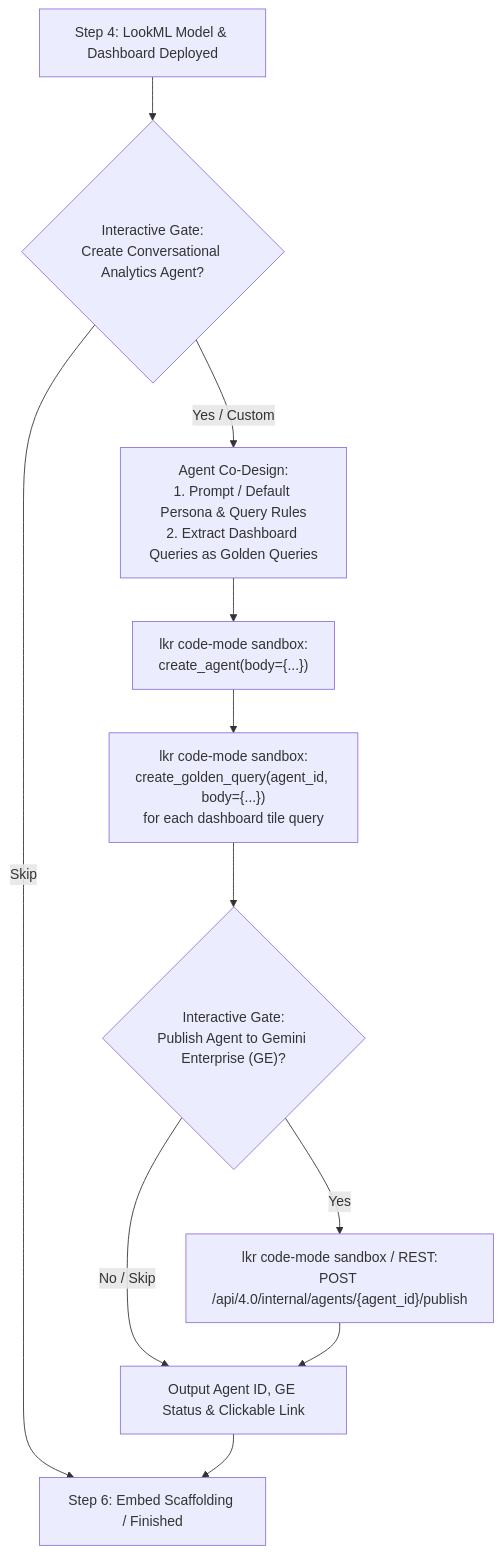
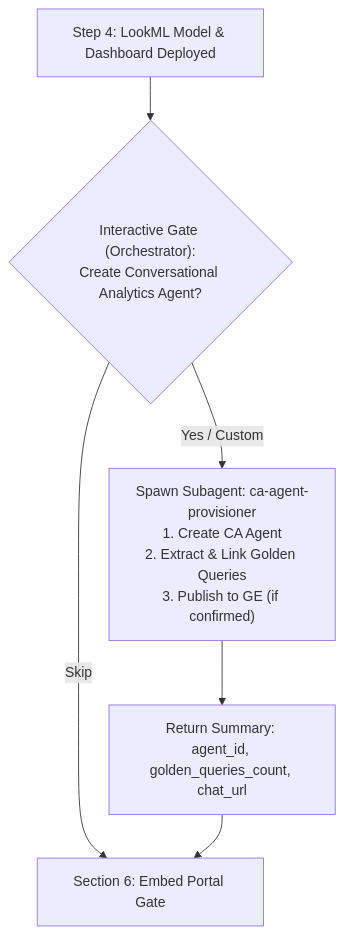
The fourth of 5 diagrams in skills/looker-demo-orchestrator/SKILL.md (lkrdev/looker-demo-cli), drawn with Mermaid before and after one commit. The commit also changed other lines of this file and 6 other files, not shown here.

Commit message:
feat: subagent flow

````diff
--- a/skills/looker-demo-orchestrator/SKILL.md
+++ b/skills/looker-demo-orchestrator/SKILL.md
@@ -176,16 +238,10 @@
 ```mermaid
 graph TD
-    Deploy["Step 4: LookML Model & Dashboard Deployed"] --> PromptCA{"Interactive Gate:<br/>Create Conversational Analytics Agent?"}
+    Deploy["Step 4: LookML Model & Dashboard Deployed"] --> PromptCA{"Interactive Gate (Orchestrator):<br/>Create Conversational Analytics Agent?"}
     
-    PromptCA -->|Skip| Scaffolding["Step 6: Embed Scaffolding / Finished"]
-    PromptCA -->|Yes / Custom| CoDesign["Agent Co-Design:<br/>1. Prompt / Default Persona & Query Rules<br/>2. Extract Dashboard Queries as Golden Queries"]
+    PromptCA -->|Skip| Scaffolding["Section 6: Embed Portal Gate"]
+    PromptCA -->|Yes / Custom| SpawnCA["Spawn Subagent: ca-agent-provisioner<br/>1. Create CA Agent<br/>2. Extract & Link Golden Queries<br/>3. Publish to GE (if confirmed)"]
     
-    CoDesign --> CodeModeAgent["lkr code-mode sandbox:<br/>create_agent(body={...})"]
-    CodeModeAgent --> CodeModeGolden["lkr code-mode sandbox:<br/>create_golden_query(agent_id, body={...})<br/>for each dashboard tile query"]
-    
-    CodeModeGolden --> PromptGE{"Interactive Gate:<br/>Publish Agent to Gemini Enterprise (GE)?"}
-    PromptGE -->|Yes| PublishGE["lkr code-mode sandbox / REST:<br/>POST /api/4.0/internal/agents/{agent_id}/publish"]
-    PromptGE -->|No / Skip| Summary["Output Agent ID, GE Status & Clickable Link"]
-    PublishGE --> Summary
-    Summary --> Scaffolding
+    SpawnCA --> ReturnCA["Return Summary: agent_id, golden_queries_count, chat_url"]
+    ReturnCA --> Scaffolding
 ```
````
